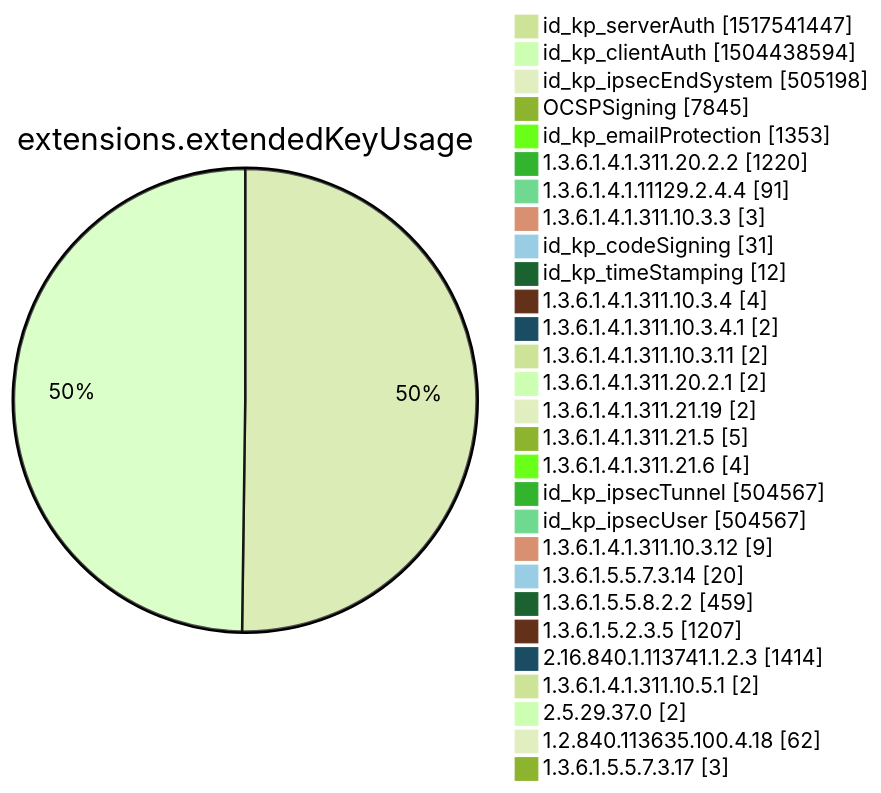
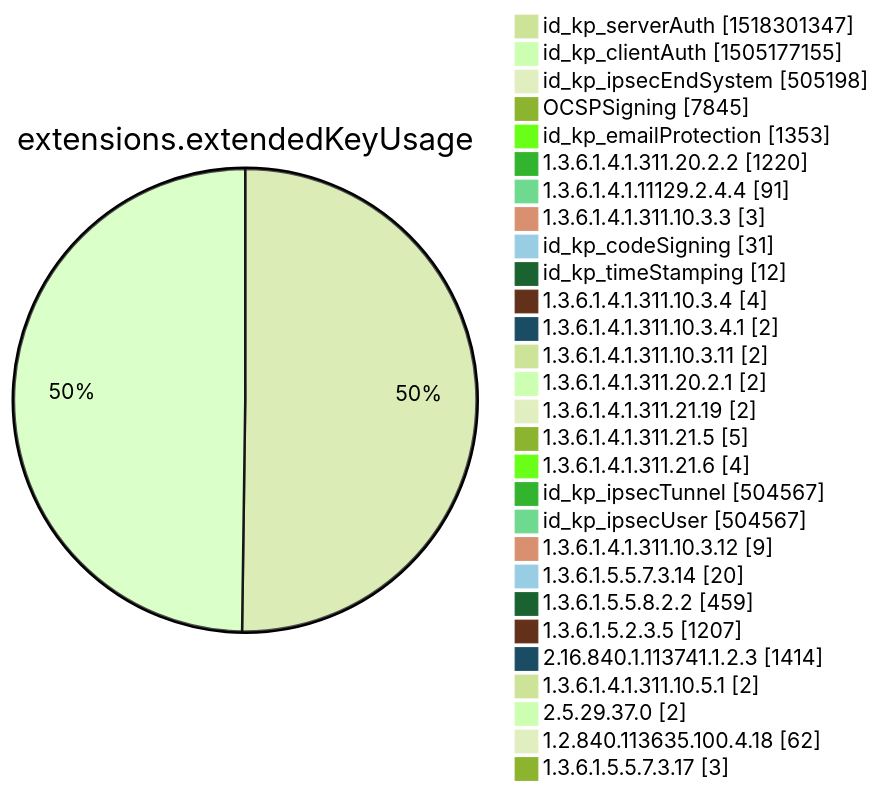
One commit to christiankrug/ctmonitor_visualization changed diagram 12 of 15 in xenon2022/README.md. Above: the diagram before and after it, drawn with Mermaid (forest theme). The commit also changed other lines of this file, not shown here.

````diff
--- a/xenon2022/README.md
+++ b/xenon2022/README.md
@@ -3877,32 +3877,32 @@
 ```mermaid
 pie showData
 title extensions.extendedKeyUsage
-"id_kp_serverAuth" :1517541447
-"id_kp_clientAuth" :1504438594
+"id_kp_serverAuth" :1518301347
+"id_kp_clientAuth" :1505177155
 "id_kp_ipsecEndSystem" :505198
 "OCSPSigning" :7845
 "id_kp_emailProtection" :1353
 "1.3.6.1.4.1.311.20.2.2" :1220
 "1.3.6.1.4.1.11129.2.4.4" :91
 "1.3.6.1.4.1.311.10.3.3" :3
 "id_kp_codeSigning" :31
 "id_kp_timeStamping" :12
 "1.3.6.1.4.1.311.10.3.4" :4
 "1.3.6.1.4.1.311.10.3.4.1" :2
 "1.3.6.1.4.1.311.10.3.11" :2
 "1.3.6.1.4.1.311.20.2.1" :2
 "1.3.6.1.4.1.311.21.19" :2
 "1.3.6.1.4.1.311.21.5" :5
 "1.3.6.1.4.1.311.21.6" :4
 "id_kp_ipsecTunnel" :504567
 "id_kp_ipsecUser" :504567
 "1.3.6.1.4.1.311.10.3.12" :9
 "1.3.6.1.5.5.7.3.14" :20
 "1.3.6.1.5.5.8.2.2" :459
 "1.3.6.1.5.2.3.5" :1207
 "2.16.840.1.113741.1.2.3" :1414
 "1.3.6.1.4.1.311.10.5.1" :2
 "2.5.29.37.0" :2
 "1.2.840.113635.100.4.18" :62
 "1.3.6.1.5.5.7.3.17" :3
 ```
````
